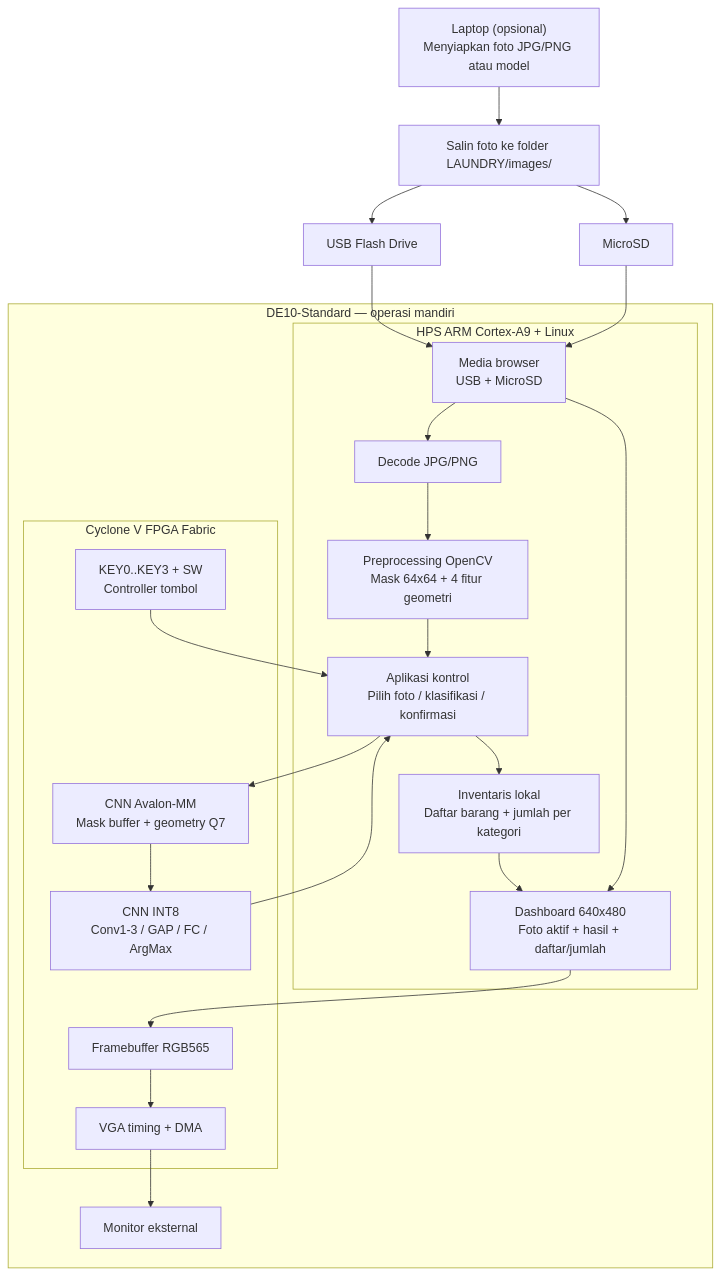
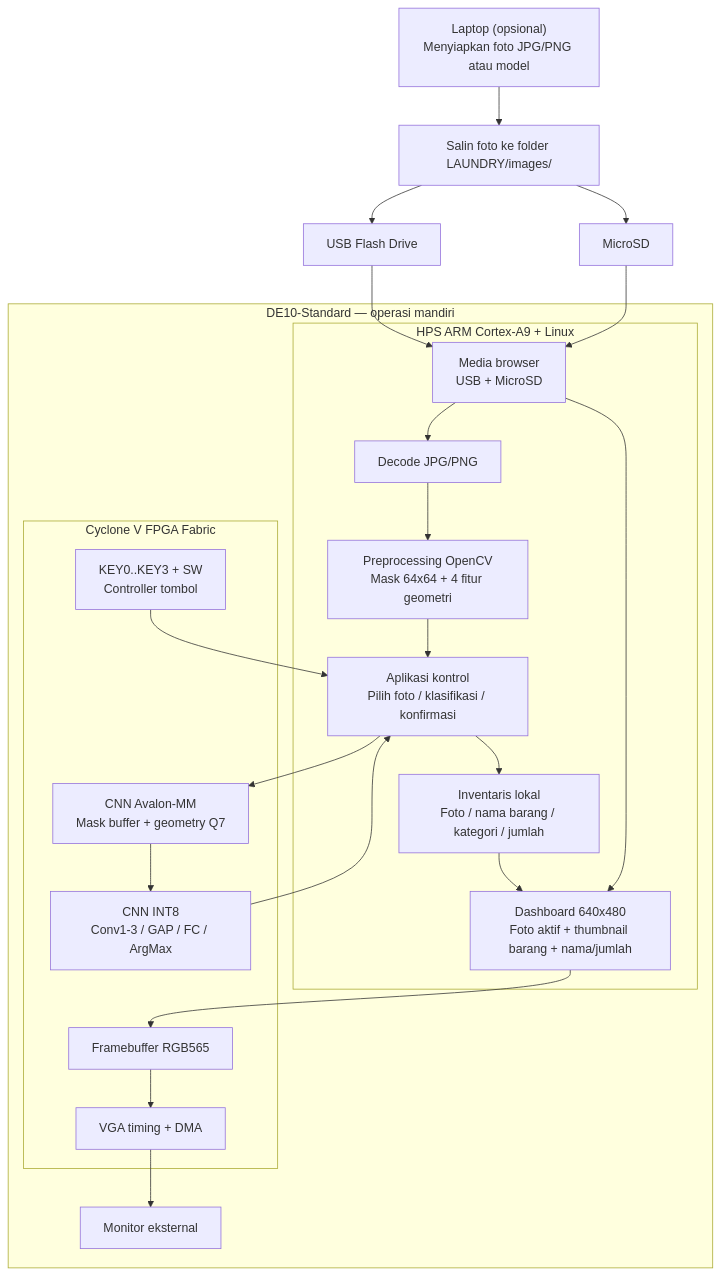
One commit to Scytron01/cnn-kevins changed the third of 5 diagrams in README.md. Above: the diagram before and after it, drawn with Mermaid. The commit also changed other lines of this file, not shown here.

Commit message:
Align image inference and monitor diagrams with file-based DE10 workflow

```diff
--- a/README.md
+++ b/README.md
@@ -167,37 +167,37 @@
 ~~~mermaid
 flowchart TB
     LAPTOP["Laptop (opsional)<br/>Menyiapkan foto JPG/PNG atau model"] --> COPY["Salin foto ke folder LAUNDRY/images/"]
     COPY --> USB["USB Flash Drive"]
     COPY --> SD["MicroSD"]
     USB --> MEDIA
     SD --> MEDIA
 
     subgraph BOARD["DE10-Standard — operasi mandiri"]
       subgraph HPS["HPS ARM Cortex-A9 + Linux"]
         MEDIA["Media browser<br/>USB + MicroSD"]
         DECODE["Decode JPG/PNG"]
         PRE["Preprocessing OpenCV<br/>Mask 64x64 + 4 fitur geometri"]
         APP["Aplikasi kontrol<br/>Pilih foto / klasifikasi / konfirmasi"]
-        INV["Inventaris lokal<br/>Daftar barang + jumlah per kategori"]
-        UI["Dashboard 640x480<br/>Foto aktif + hasil + daftar/jumlah"]
+        INV["Inventaris lokal<br/>Foto / nama barang / kategori / jumlah"]
+        UI["Dashboard 640x480<br/>Foto aktif + thumbnail barang + nama/jumlah"]
         MEDIA --> DECODE --> PRE
         PRE --> APP
         APP --> INV --> UI
         MEDIA --> UI
       end
 
       subgraph FPGA["Cyclone V FPGA Fabric"]
         KEY["KEY0..KEY3 + SW<br/>Controller tombol"]
         CSR["CNN Avalon-MM<br/>Mask buffer + geometry Q7"]
         CNN["CNN INT8<br/>Conv1-3 / GAP / FC / ArgMax"]
         FB["Framebuffer RGB565"]
         VGA["VGA timing + DMA"]
         CSR --> CNN
         KEY --> APP
         APP --> CSR
         CNN --> APP
         UI --> FB --> VGA
       end
       VGA --> MONITOR["Monitor eksternal"]
     end
 ~~~
```
